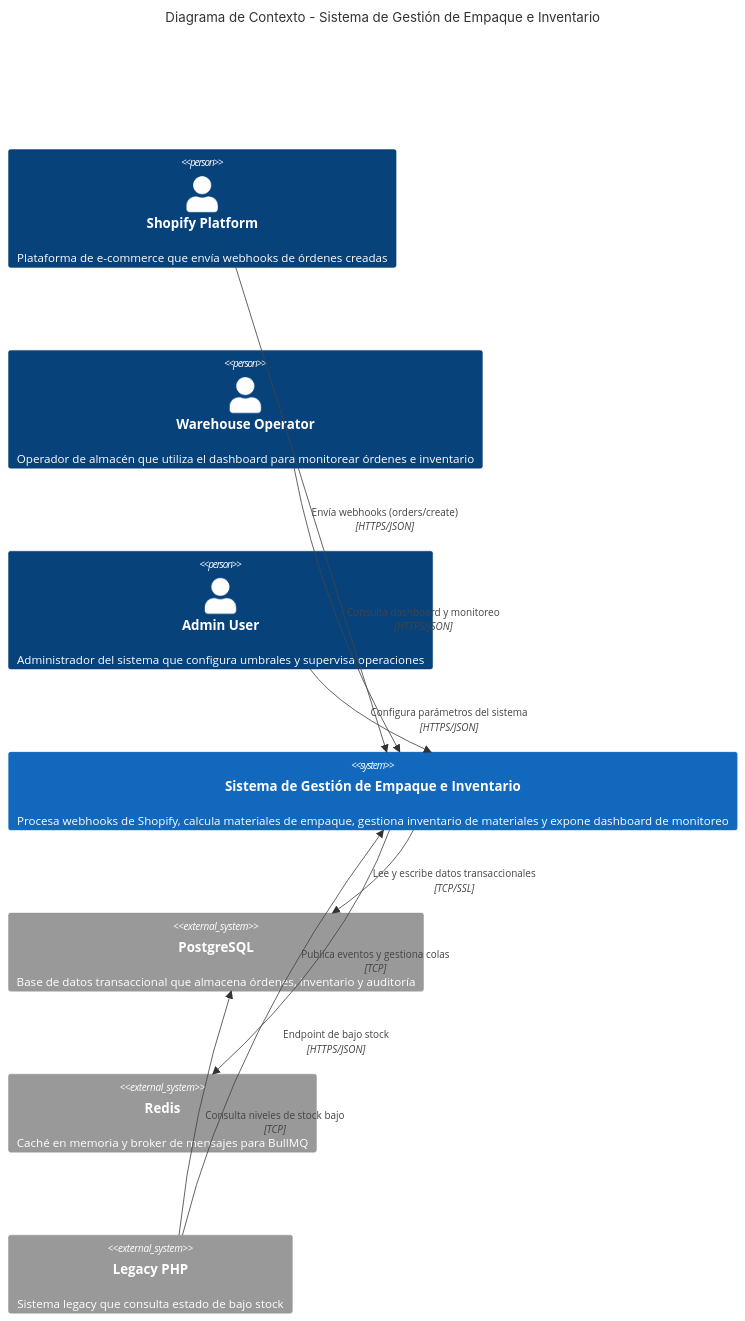
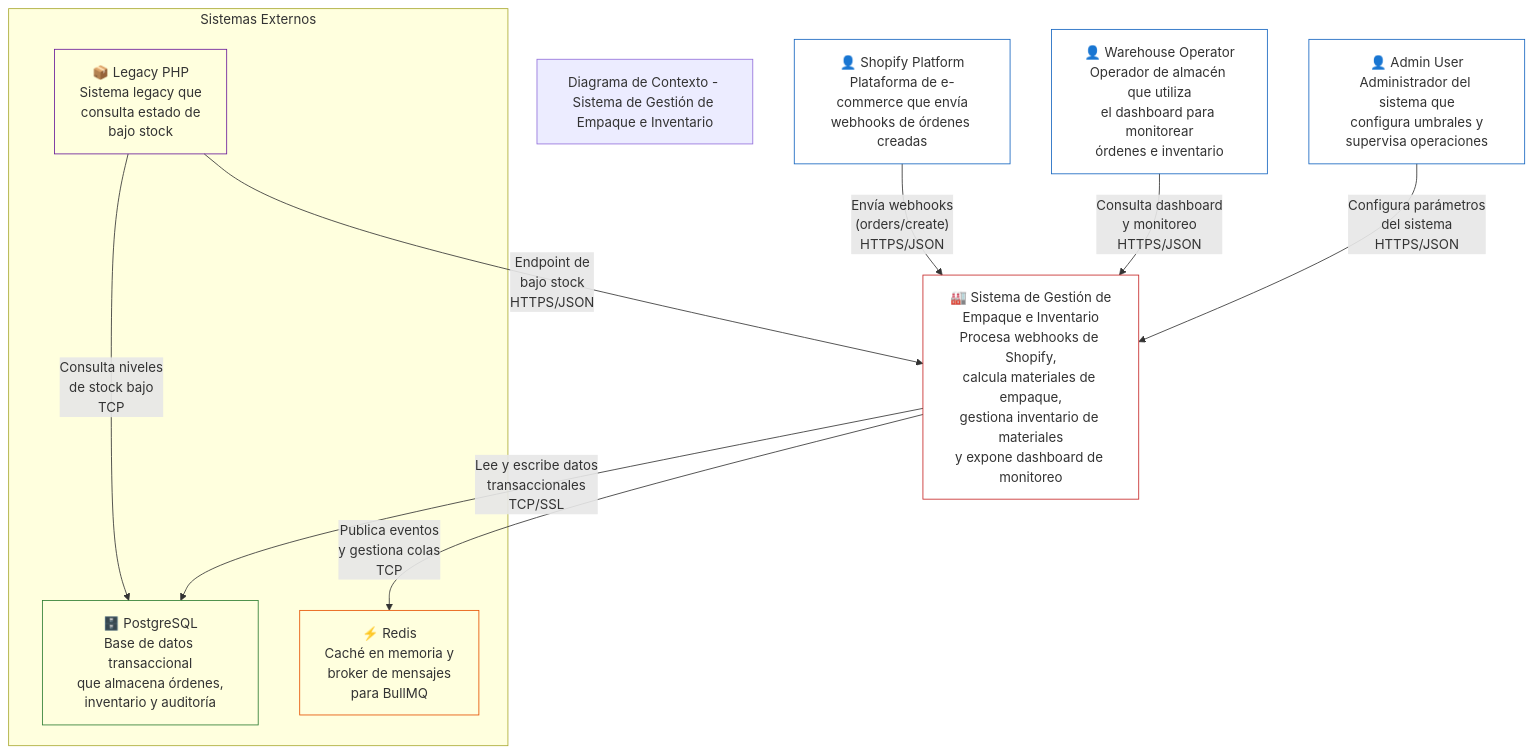
Before and after one commit to cloudfly2026-byte/sistema-ordenes-ddd: the first of 9 diagrams in docs/architecture.md, drawn with Mermaid. The commit also changed other lines of this file and 1 other file, not shown here.

Commit message:
fix: convertir diagramas C4 a flowchart estándar compatible con GitHub

````diff
--- a/docs/architecture.md
+++ b/docs/architecture.md
@@ -42,22 +42,32 @@
 ```mermaid
-C4Context
-    title Diagrama de Contexto - Sistema de Gestión de Empaque e Inventario
+flowchart TD
+    title["Diagrama de Contexto - Sistema de Gestión de Empaque e Inventario"]
 
-    Person(shopify, "Shopify Platform", "Plataforma de e-commerce que envía webhooks de órdenes creadas")
-    Person(warehouse, "Warehouse Operator", "Operador de almacén que utiliza el dashboard para monitorear órdenes e inventario")
-    Person(admin, "Admin User", "Administrador del sistema que configura umbrales y supervisa operaciones")
+    shopify["👤 Shopify Platform<br/>Plataforma de e-commerce que envía<br/>webhooks de órdenes creadas"]
+    warehouse["👤 Warehouse Operator<br/>Operador de almacén que utiliza<br/>el dashboard para monitorear<br/>órdenes e inventario"]
+    admin["👤 Admin User<br/>Administrador del sistema que<br/>configura umbrales y<br/>supervisa operaciones"]
 
-    System(system, "Sistema de Gestión de Empaque e Inventario", "Procesa webhooks de Shopify, calcula materiales de empaque, gestiona inventario de materiales y expone dashboard de monitoreo")
+    system["🏭 Sistema de Gestión de<br/>Empaque e Inventario<br/>Procesa webhooks de Shopify,<br/>calcula materiales de empaque,<br/>gestiona inventario de materiales<br/>y expone dashboard de monitoreo"]
 
-    System_Ext(postgreSQL, "PostgreSQL", "Base de datos transaccional que almacena órdenes, inventario y auditoría")
-    System_Ext(redis, "Redis", "Caché en memoria y broker de mensajes para BullMQ")
-    System_Ext(legacyPHP, "Legacy PHP", "Sistema legacy que consulta estado de bajo stock")
+    subgraph external["Sistemas Externos"]
+        postgreSQL["🗄️ PostgreSQL<br/>Base de datos transaccional<br/>que almacena órdenes,<br/>inventario y auditoría"]
+        redis["⚡ Redis<br/>Caché en memoria y<br/>broker de mensajes<br/>para BullMQ"]
+        legacyPHP["📦 Legacy PHP<br/>Sistema legacy que<br/>consulta estado de<br/>bajo stock"]
+    end
 
-    Rel(shopify, system, "Envía webhooks (orders/create)", "HTTPS/JSON")
-    Rel(warehouse, system, "Consulta dashboard y monitoreo", "HTTPS/JSON")
-    Rel(admin, system, "Configura parámetros del sistema", "HTTPS/JSON")
-    Rel(system, postgreSQL, "Lee y escribe datos transaccionales", "TCP/SSL")
-    Rel(system, redis, "Publica eventos y gestiona colas", "TCP")
-    Rel(legacyPHP, postgreSQL, "Consulta niveles de stock bajo", "TCP")
-    Rel(legacyPHP, system, "Endpoint de bajo stock", "HTTPS/JSON")
+    shopify -->|"Envía webhooks<br/>(orders/create)<br/>HTTPS/JSON"| system
+    warehouse -->|"Consulta dashboard<br/>y monitoreo<br/>HTTPS/JSON"| system
+    admin -->|"Configura parámetros<br/>del sistema<br/>HTTPS/JSON"| system
+    system -->|"Lee y escribe datos<br/>transaccionales<br/>TCP/SSL"| postgreSQL
+    system -->|"Publica eventos<br/>y gestiona colas<br/>TCP"| redis
+    legacyPHP -->|"Consulta niveles<br/>de stock bajo<br/>TCP"| postgreSQL
+    legacyPHP -->|"Endpoint de<br/>bajo stock<br/>HTTPS/JSON"| system
+
+    style shopify fill:none,stroke:#1565c0
+    style warehouse fill:none,stroke:#1565c0
+    style admin fill:none,stroke:#1565c0
+    style system fill:none,stroke:#c62828
+    style postgreSQL fill:none,stroke:#2e7d32
+    style redis fill:none,stroke:#e65100
+    style legacyPHP fill:none,stroke:#6a1b9a
 ```
````
